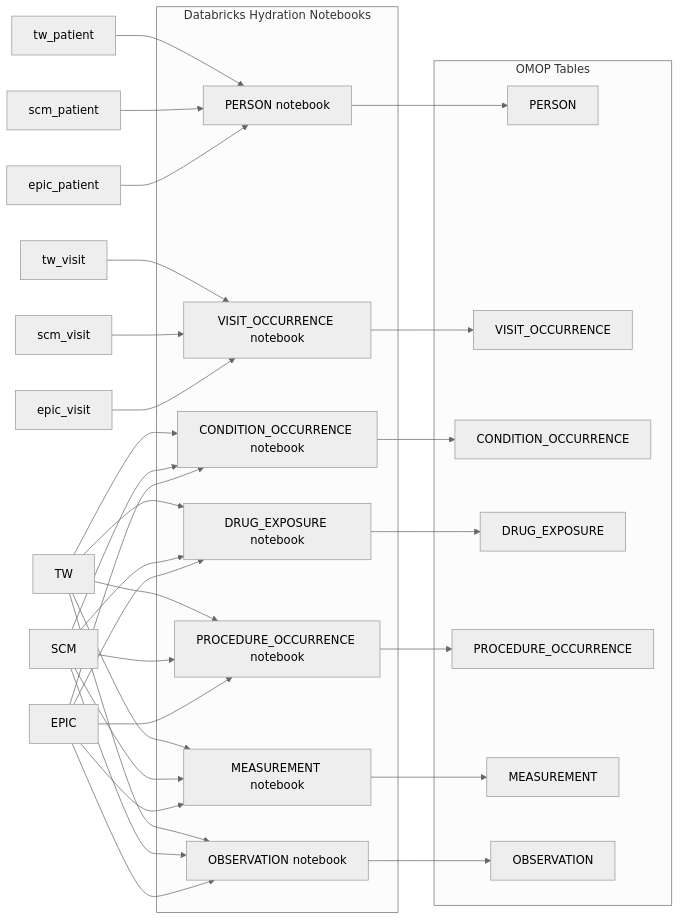
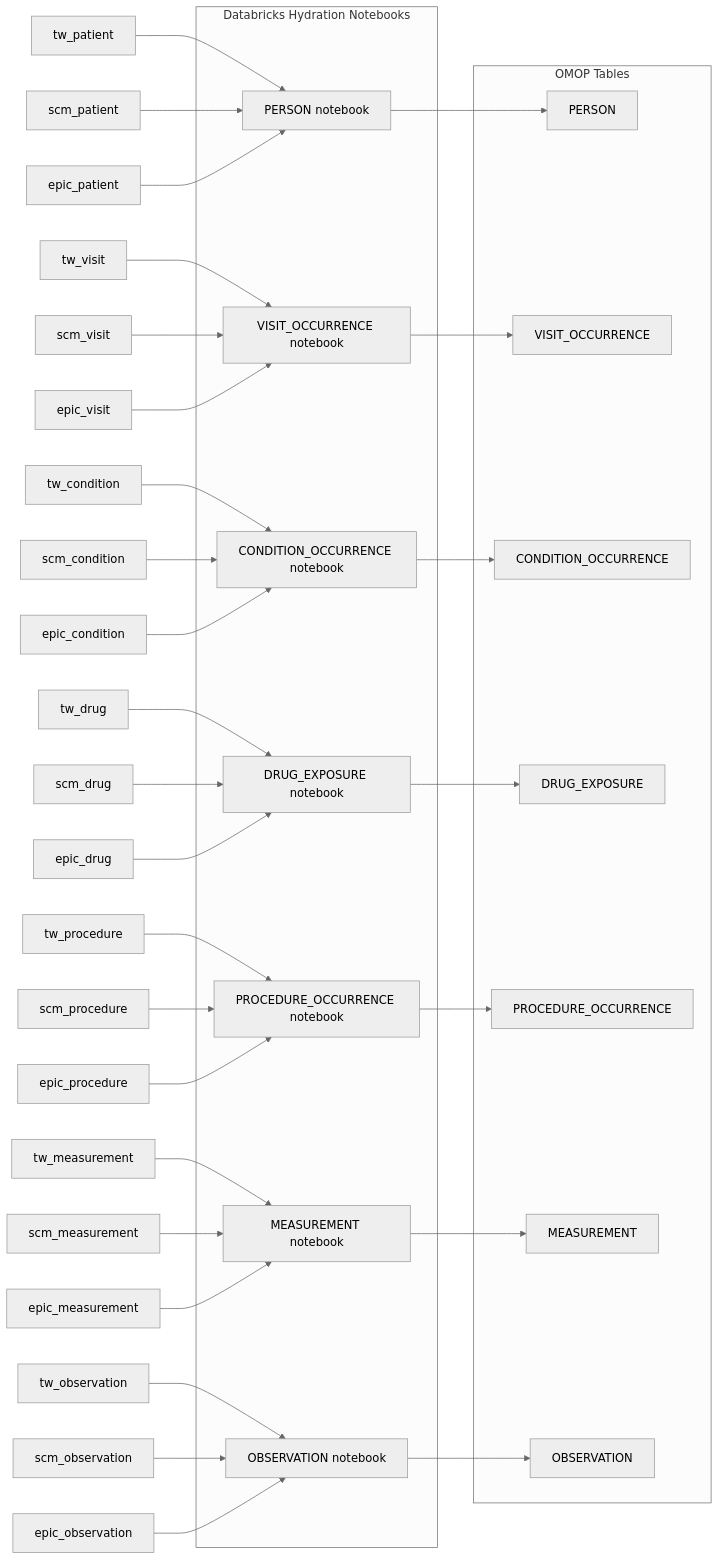
The first of 11 diagrams in docs/omop_architecture_erd_with_sources.md (janyaibe/omop-accelerator), drawn with Mermaid (neutral theme) before and after one commit.

````diff
--- a/docs/omop_architecture_erd_with_sources.md
+++ b/docs/omop_architecture_erd_with_sources.md
@@ -9,58 +9,58 @@
 ```mermaid
 flowchart LR
 
    subgraph DBX[Databricks Hydration Notebooks]
         nb_person[PERSON notebook]
         nb_visit[VISIT_OCCURRENCE notebook]
         nb_condition[CONDITION_OCCURRENCE notebook]
         nb_drug[DRUG_EXPOSURE notebook]
         nb_proc[PROCEDURE_OCCURRENCE notebook]
         nb_meas[MEASUREMENT notebook]
         nb_obs[OBSERVATION notebook]
     end
 
     subgraph OMOP[OMOP Tables]
         PERSON
         VISIT_OCCURRENCE
         CONDITION_OCCURRENCE
         DRUG_EXPOSURE
         PROCEDURE_OCCURRENCE
         MEASUREMENT
         OBSERVATION
     end
 
     tw_patient --> nb_person
     scm_patient --> nb_person
     epic_patient --> nb_person
     nb_person --> PERSON
 
    tw_visit --> nb_visit
    scm_visit --> nb_visit
    epic_visit --> nb_visit
    nb_visit --> VISIT_OCCURRENCE
 
-    TW --> nb_condition
-    SCM --> nb_condition
-    EPIC --> nb_condition
-    nb_condition --> CONDITION_OCCURRENCE
+   tw_condition --> nb_condition
+   scm_condition --> nb_condition
+   epic_condition --> nb_condition
+   nb_condition --> CONDITION_OCCURRENCE
 
-    TW --> nb_drug
-    SCM --> nb_drug
-    EPIC --> nb_drug
-    nb_drug --> DRUG_EXPOSURE
+   tw_drug --> nb_drug
+   scm_drug --> nb_drug
+   epic_drug --> nb_drug
+   nb_drug --> DRUG_EXPOSURE
 
-    TW --> nb_proc
-    SCM --> nb_proc
-    EPIC --> nb_proc
-    nb_proc --> PROCEDURE_OCCURRENCE
+   tw_procedure --> nb_proc
+   scm_procedure --> nb_proc
+   epic_procedure --> nb_proc
+   nb_proc --> PROCEDURE_OCCURRENCE
 
-    TW --> nb_meas
-    SCM --> nb_meas
-    EPIC --> nb_meas
-    nb_meas --> MEASUREMENT
+   tw_measurement --> nb_meas
+   scm_measurement --> nb_meas
+   epic_measurement --> nb_meas
+   nb_meas --> MEASUREMENT
 
-    TW --> nb_obs
-    SCM --> nb_obs
-    EPIC --> nb_obs
-    nb_obs --> OBSERVATION
+   tw_observation --> nb_obs
+   scm_observation --> nb_obs
+   epic_observation --> nb_obs
+   nb_obs --> OBSERVATION
 ```
````
